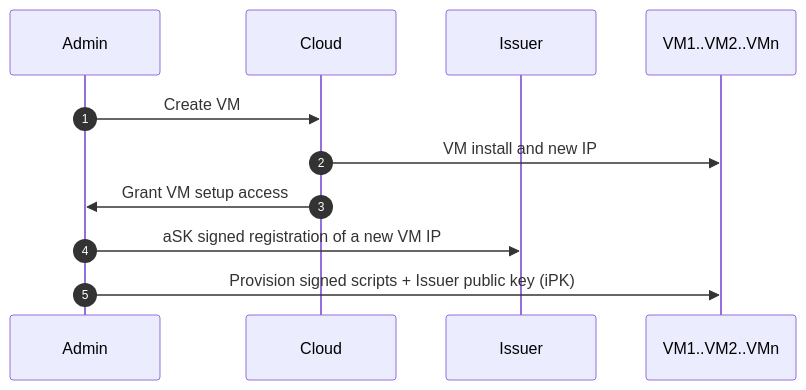
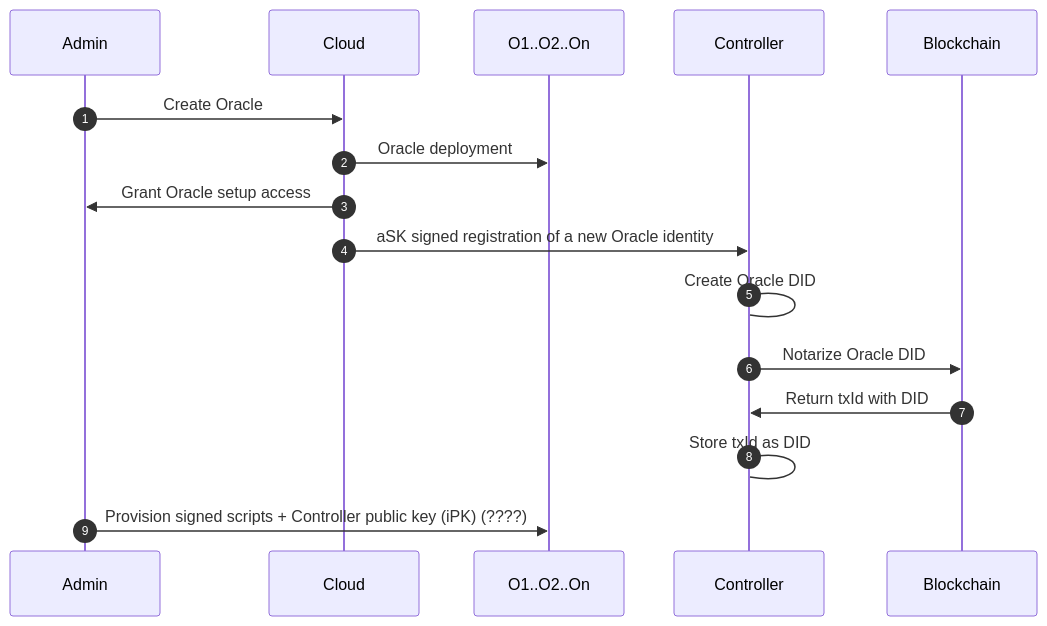
Before and after one commit to dyne/zenswarm: the second of 5 diagrams in README.md, drawn with Mermaid. The commit also changed other lines of this file, not shown here.

````diff
--- a/README.md
+++ b/README.md
@@ -49,14 +87,19 @@
 ```mermaid
 sequenceDiagram
 autonumber
   participant A as Admin
   participant C as Cloud
-  participant I as Issuer
-  participant V as VM1..VM2..VMn
+  participant V as O1..O2..On
+  participant I as Controller
+  participant B as Blockchain
 
-  A->>C: Create VM
-  C->>V: VM install and new IP
-  C->>A: Grant VM setup access
-  A->>I: aSK signed registration of a new VM IP
-  A->>V: Provision signed scripts + Issuer public key (iPK)
+  A->>C: Create Oracle
+  C->>V: Oracle deployment
+  C->>A: Grant Oracle setup access
+  C->>I: aSK signed registration of a new Oracle identity
+  I->I: Create Oracle DID 
+  I->>B: Notarize Oracle DID 
+  B->>I: Return txId with DID
+  I->I: Store txId as DID
+  A->>V: Provision signed scripts + Controller public key (iPK) (????)
 ```
````
